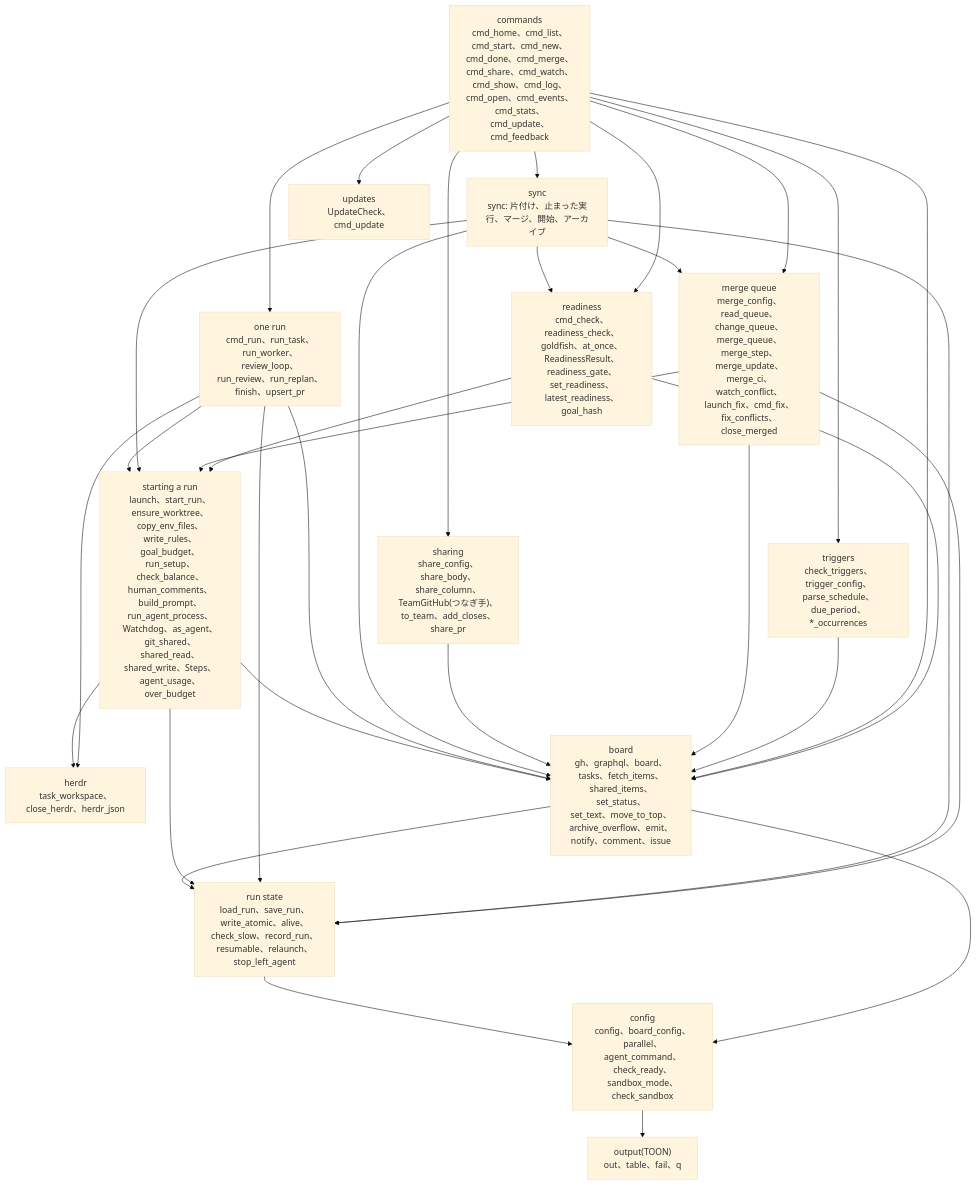
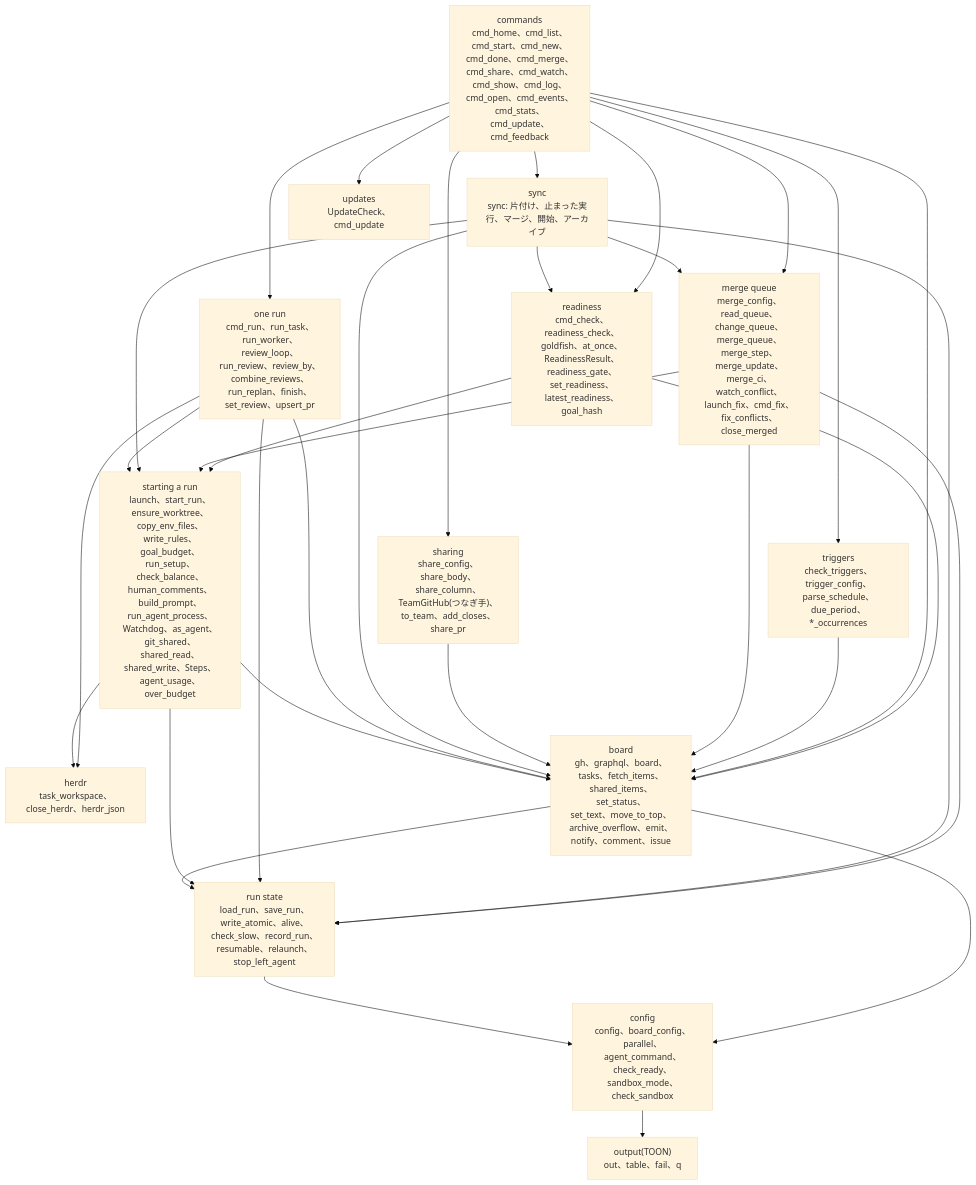
The first of 10 diagrams in docs/architecture/lld.md (jyoka/task-hub), drawn with Mermaid (base theme) before and after one commit. The commit also changed other lines of this file and 11 other files, not shown here.

````diff
--- a/docs/architecture/lld.md
+++ b/docs/architecture/lld.md
@@ -11,49 +11,49 @@
 ```mermaid
 flowchart TB
     commands["commands<br/>cmd_home、cmd_list、cmd_start、cmd_new、cmd_done、cmd_merge、cmd_share、cmd_watch、<br/>cmd_show、cmd_log、cmd_open、cmd_events、cmd_stats、cmd_update、cmd_feedback"]
     mergeq["merge queue<br/>merge_config、read_queue、change_queue、merge_queue、merge_step、merge_update、merge_ci、<br/>watch_conflict、launch_fix、cmd_fix、fix_conflicts、close_merged"]
     sharing["sharing<br/>share_config、share_body、share_column、TeamGitHub(つなぎ手)、to_team、add_closes、share_pr"]
     sync["sync<br/>sync: 片付け、止まった実行、マージ、開始、アーカイブ"]
     readiness["readiness<br/>cmd_check、readiness_check、goldfish、at_once、ReadinessResult、readiness_gate、<br/>set_readiness、latest_readiness、goal_hash"]
-    runone["one run<br/>cmd_run、run_task、run_worker、review_loop、run_review、run_replan、finish、upsert_pr"]
+    runone["one run<br/>cmd_run、run_task、run_worker、review_loop、run_review、review_by、combine_reviews、<br/>run_replan、finish、set_review、upsert_pr"]
     start["starting a run<br/>launch、start_run、ensure_worktree、copy_env_files、write_rules、goal_budget、run_setup、check_balance、human_comments、build_prompt、<br/>run_agent_process、Watchdog、as_agent、git_shared、shared_read、shared_write、Steps、agent_usage、over_budget"]
     herdr["herdr<br/>task_workspace、close_herdr、herdr_json"]
     runstate["run state<br/>load_run、save_run、write_atomic、alive、check_slow、record_run、<br/>resumable、relaunch、stop_left_agent"]
     boardl["board<br/>gh、graphql、board、tasks、fetch_items、shared_items、set_status、<br/>set_text、move_to_top、archive_overflow、emit、notify、comment、issue"]
     config["config<br/>config、board_config、parallel、agent_command、check_ready、sandbox_mode、check_sandbox"]
     output["output(TOON)<br/>out、table、fail、q"]
     updates["updates<br/>UpdateCheck、cmd_update"]
     triggers["triggers<br/>check_triggers、trigger_config、parse_schedule、due_period、*_occurrences"]
 
     commands --> sync
     commands --> runone
     commands --> readiness
     sync --> readiness
     readiness --> start
     readiness --> boardl
     commands --> boardl
     commands --> updates
     commands --> triggers
     triggers --> boardl
     commands --> sharing
     commands --> mergeq
     sync --> mergeq
     mergeq --> start
     mergeq --> boardl
     mergeq --> runstate
     sharing --> boardl
     sync --> start
     sync --> boardl
     sync --> runstate
     runone --> start
     runone --> boardl
     runone --> runstate
     runone --> herdr
     start --> herdr
     start --> runstate
     start --> boardl
     boardl --> runstate
     boardl --> config
     runstate --> config
     config --> output
 ```
````
